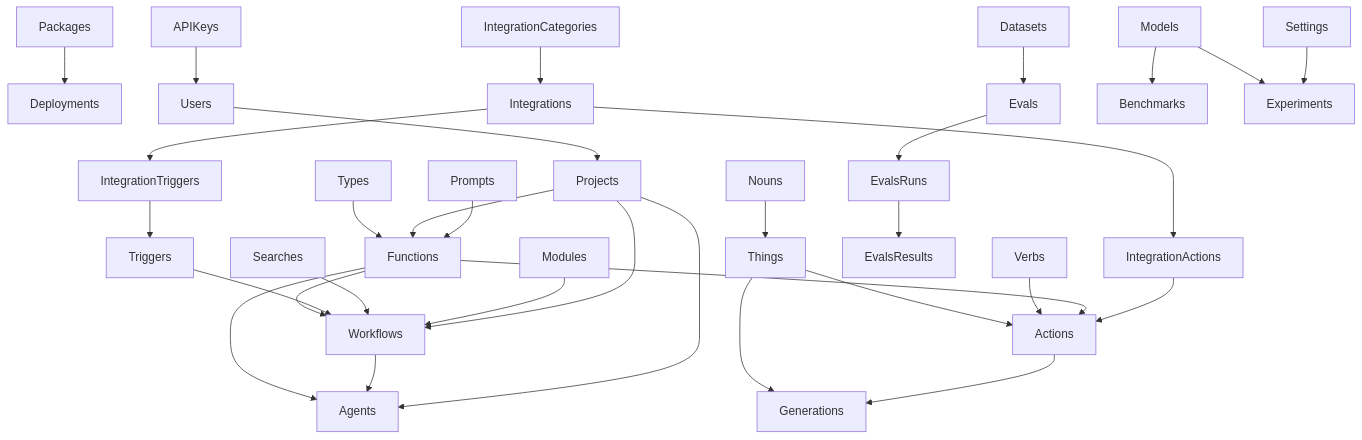
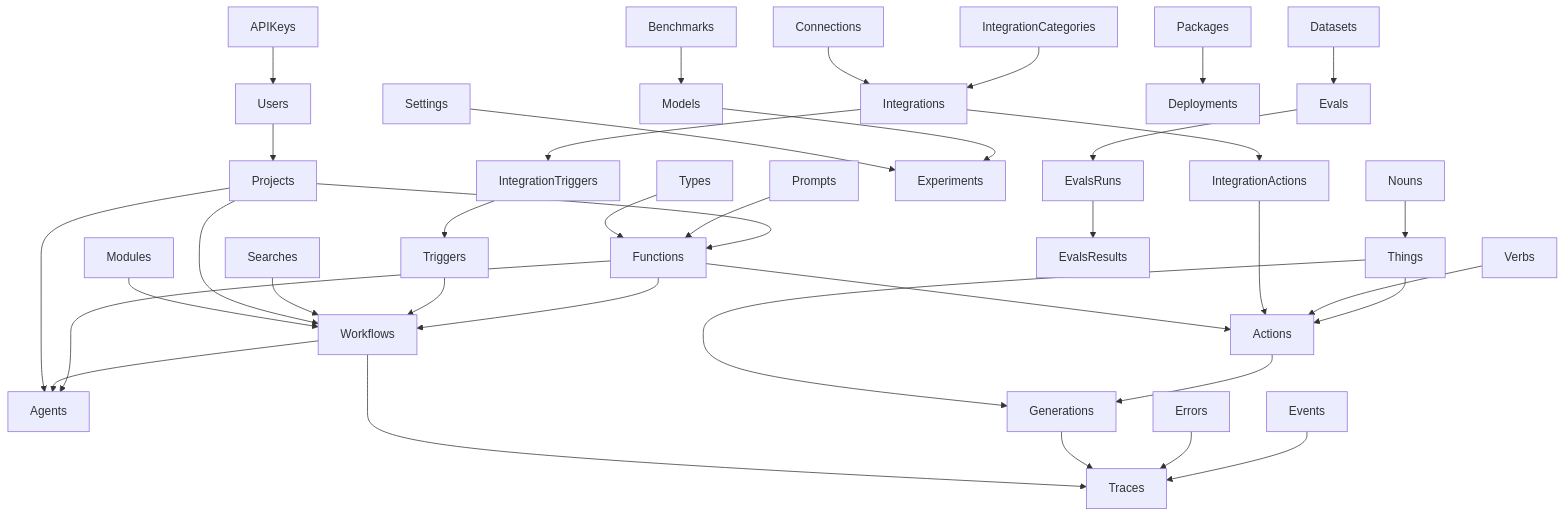
One commit to drivly/ai changed the first of 5 diagrams in collections/README.md. Above: the diagram before and after it, drawn with Mermaid. The commit also changed other lines of this file, not shown here.

Commit message:
docs(collections): update README with comprehensive collections overview and diagrams

````diff
--- a/collections/README.md
+++ b/collections/README.md
@@ -76,51 +77,56 @@
 ```mermaid
 graph TD
     %% AI Group
     Functions --> Workflows
     Functions --> Agents
     Workflows --> Agents
     
     %% Data Group
     Nouns --> Things
     Things --> Actions
+    Verbs --> Actions
     
     %% Events Group
-    Verbs --> Actions
     Triggers --> Workflows
     Searches --> Workflows
-    
-    %% Relationships between groups
-    Functions --> Actions
-    Things --> Generations
     Actions --> Generations
     
-    %% Code relationships
-    Types --> Functions
-    Modules --> Workflows
-    Packages --> Deployments
-    
-    %% Admin relationships
+    %% Admin Group
+    IntegrationCategories --> Integrations
+    Integrations --> IntegrationTriggers
+    Integrations --> IntegrationActions
+    IntegrationTriggers --> Triggers
+    IntegrationActions --> Actions
+    Connections --> Integrations
     Users --> Projects
     Projects --> Functions
     Projects --> Workflows
     Projects --> Agents
     APIKeys --> Users
     
-    %% Integration relationships
-    IntegrationCategories --> Integrations
-    Integrations --> IntegrationTriggers
-    Integrations --> IntegrationActions
-    IntegrationTriggers --> Triggers
-    IntegrationActions --> Actions
+    %% Experiments Group
+    Models --> Experiments
+    Prompts --> Functions
+    Settings --> Experiments
     
-    %% Evals relationships
+    %% Code Group
+    Types --> Functions
+    Modules --> Workflows
+    Packages --> Deployments
+    
+    %% Evals Group
+    Benchmarks --> Models
     Datasets --> Evals
     Evals --> EvalsRuns
     EvalsRuns --> EvalsResults
-    Models --> Benchmarks
     
-    %% Experiments relationships
-    Models --> Experiments
-    Prompts --> Functions
-    Settings --> Experiments
+    %% Observability Group
+    Events --> Traces
+    Errors --> Traces
+    Generations --> Traces
+    
+    %% Cross-Group Relationships
+    Functions --> Actions
+    Things --> Generations
+    Workflows --> Traces
 ```
````
